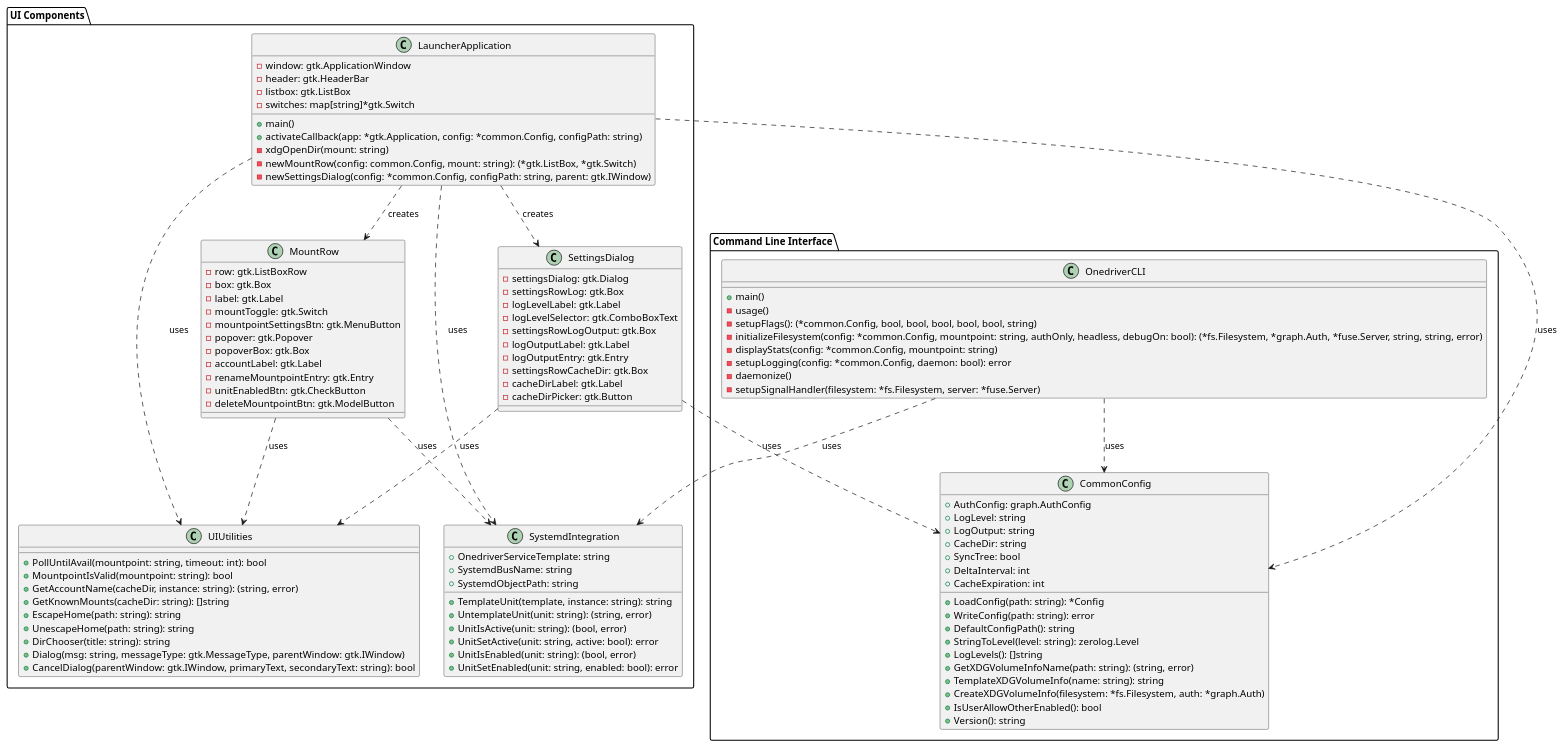
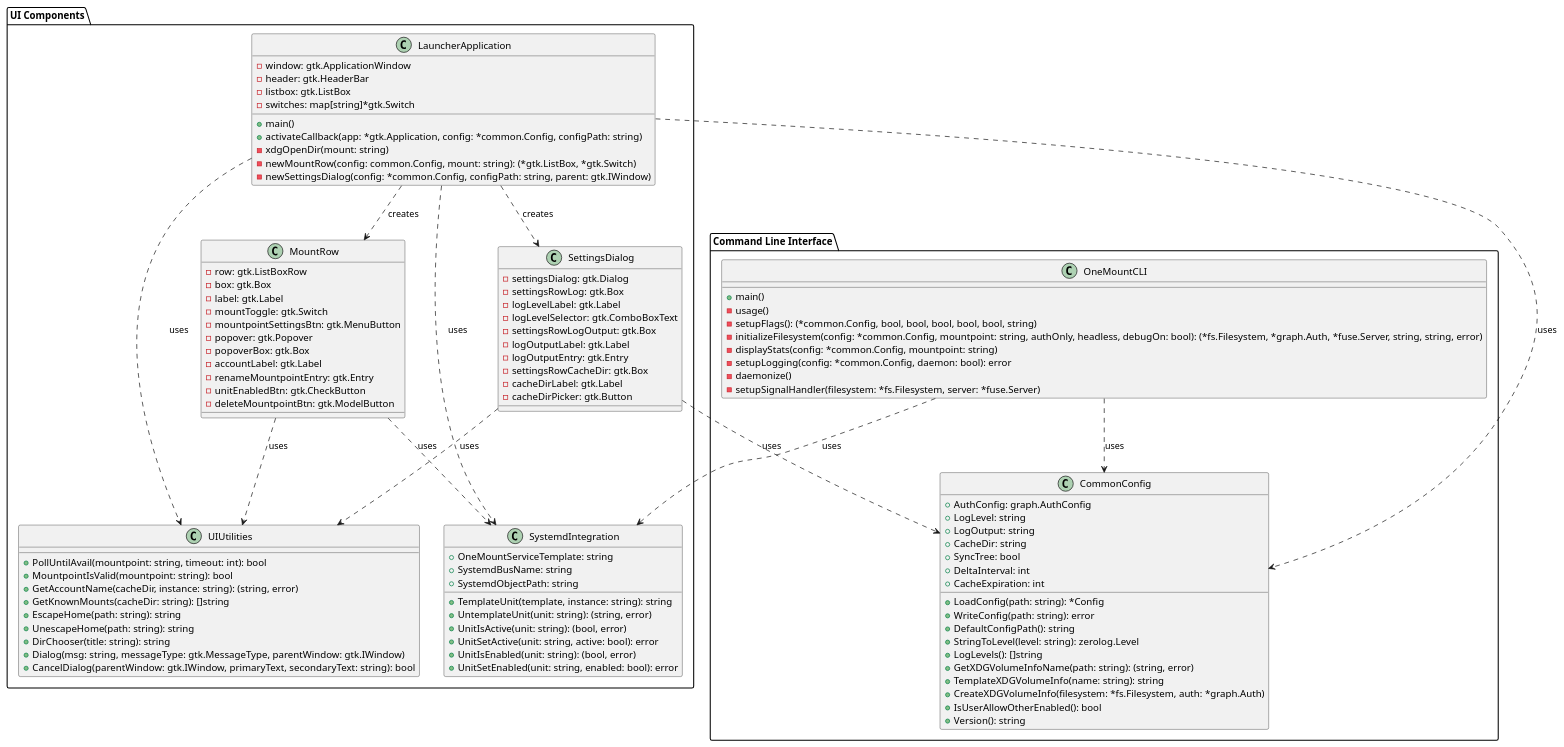
The diagram in docs/design/resources/ui-class-diagram.puml (Auriora/OneMount), drawn with PlantUML before and after one commit. The commit also changed 140 other files, not shown here.

First line of the commit message:
Rename "Onedriver" references to "OneMount" across the project.

```diff
--- a/docs/design/resources/ui-class-diagram.puml
+++ b/docs/design/resources/ui-class-diagram.puml
@@ -1,122 +1,122 @@
 @startuml UI Components
 
 ' Note: The UI is primarily implemented using GTK3 via the gotk3 library.
 ' Most UI components are created and managed directly in the code rather than
 ' through class definitions. This diagram represents the main UI components
 ' and their relationships.
 
 package "UI Components" {
   class "LauncherApplication" as LauncherApp {
     -window: gtk.ApplicationWindow
     -header: gtk.HeaderBar
     -listbox: gtk.ListBox
     -switches: map[string]*gtk.Switch
     +main()
     +activateCallback(app: *gtk.Application, config: *common.Config, configPath: string)
     -xdgOpenDir(mount: string)
     -newMountRow(config: common.Config, mount: string): (*gtk.ListBox, *gtk.Switch)
     -newSettingsDialog(config: *common.Config, configPath: string, parent: gtk.IWindow)
   }
 
   class "MountRow" as MountRow {
     -row: gtk.ListBoxRow
     -box: gtk.Box
     -label: gtk.Label
     -mountToggle: gtk.Switch
     -mountpointSettingsBtn: gtk.MenuButton
     -popover: gtk.Popover
     -popoverBox: gtk.Box
     -accountLabel: gtk.Label
     -renameMountpointEntry: gtk.Entry
     -unitEnabledBtn: gtk.CheckButton
     -deleteMountpointBtn: gtk.ModelButton
   }
 
   class "SettingsDialog" as SettingsDialog {
     -settingsDialog: gtk.Dialog
     -settingsRowLog: gtk.Box
     -logLevelLabel: gtk.Label
     -logLevelSelector: gtk.ComboBoxText
     -settingsRowLogOutput: gtk.Box
     -logOutputLabel: gtk.Label
     -logOutputEntry: gtk.Entry
     -settingsRowCacheDir: gtk.Box
     -cacheDirLabel: gtk.Label
     -cacheDirPicker: gtk.Button
   }
 
   class "UIUtilities" as UIUtils {
     +PollUntilAvail(mountpoint: string, timeout: int): bool
     +MountpointIsValid(mountpoint: string): bool
     +GetAccountName(cacheDir, instance: string): (string, error)
     +GetKnownMounts(cacheDir: string): []string
     +EscapeHome(path: string): string
     +UnescapeHome(path: string): string
     +DirChooser(title: string): string
     +Dialog(msg: string, messageType: gtk.MessageType, parentWindow: gtk.IWindow)
     +CancelDialog(parentWindow: gtk.IWindow, primaryText, secondaryText: string): bool
   }
 
   class "SystemdIntegration" as SystemdIntegration {
-    +OnedriverServiceTemplate: string
+    +OneMountServiceTemplate: string
     +SystemdBusName: string
     +SystemdObjectPath: string
     +TemplateUnit(template, instance: string): string
     +UntemplateUnit(unit: string): (string, error)
     +UnitIsActive(unit: string): (bool, error)
     +UnitSetActive(unit: string, active: bool): error
     +UnitIsEnabled(unit: string): (bool, error)
     +UnitSetEnabled(unit: string, enabled: bool): error
   }
 }
 
 package "Command Line Interface" {
-  class "OnedriverCLI" as OnedriverCLI {
+  class "OneMountCLI" as OneMountCLI {
     +main()
     -usage()
     -setupFlags(): (*common.Config, bool, bool, bool, bool, bool, string)
     -initializeFilesystem(config: *common.Config, mountpoint: string, authOnly, headless, debugOn: bool): (*fs.Filesystem, *graph.Auth, *fuse.Server, string, string, error)
     -displayStats(config: *common.Config, mountpoint: string)
     -setupLogging(config: *common.Config, daemon: bool): error
     -daemonize()
     -setupSignalHandler(filesystem: *fs.Filesystem, server: *fuse.Server)
   }
 
   class "CommonConfig" as CommonConfig {
     +AuthConfig: graph.AuthConfig
     +LogLevel: string
     +LogOutput: string
     +CacheDir: string
     +SyncTree: bool
     +DeltaInterval: int
     +CacheExpiration: int
     +LoadConfig(path: string): *Config
     +WriteConfig(path: string): error
     +DefaultConfigPath(): string
     +StringToLevel(level: string): zerolog.Level
     +LogLevels(): []string
     +GetXDGVolumeInfoName(path: string): (string, error)
     +TemplateXDGVolumeInfo(name: string): string
     +CreateXDGVolumeInfo(filesystem: *fs.Filesystem, auth: *graph.Auth)
     +IsUserAllowOtherEnabled(): bool
     +Version(): string
   }
 }
 
 ' Relationships
 LauncherApp ..> MountRow : creates
 LauncherApp ..> SettingsDialog : creates
 LauncherApp ..> UIUtils : uses
 LauncherApp ..> SystemdIntegration : uses
 LauncherApp ..> CommonConfig : uses
 
 MountRow ..> UIUtils : uses
 MountRow ..> SystemdIntegration : uses
 
 SettingsDialog ..> UIUtils : uses
 SettingsDialog ..> CommonConfig : uses
 
-OnedriverCLI ..> CommonConfig : uses
-OnedriverCLI ..> SystemdIntegration : uses
+OneMountCLI ..> CommonConfig : uses
+OneMountCLI ..> SystemdIntegration : uses
 
 @enduml
```
